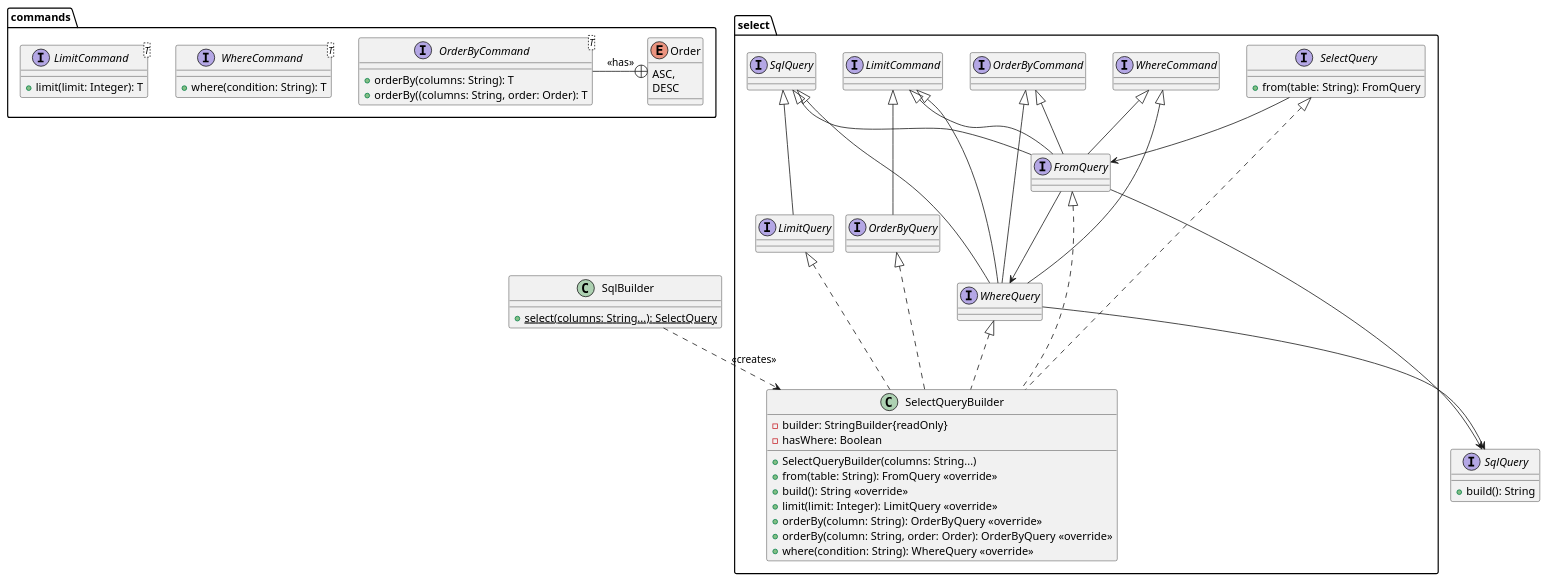
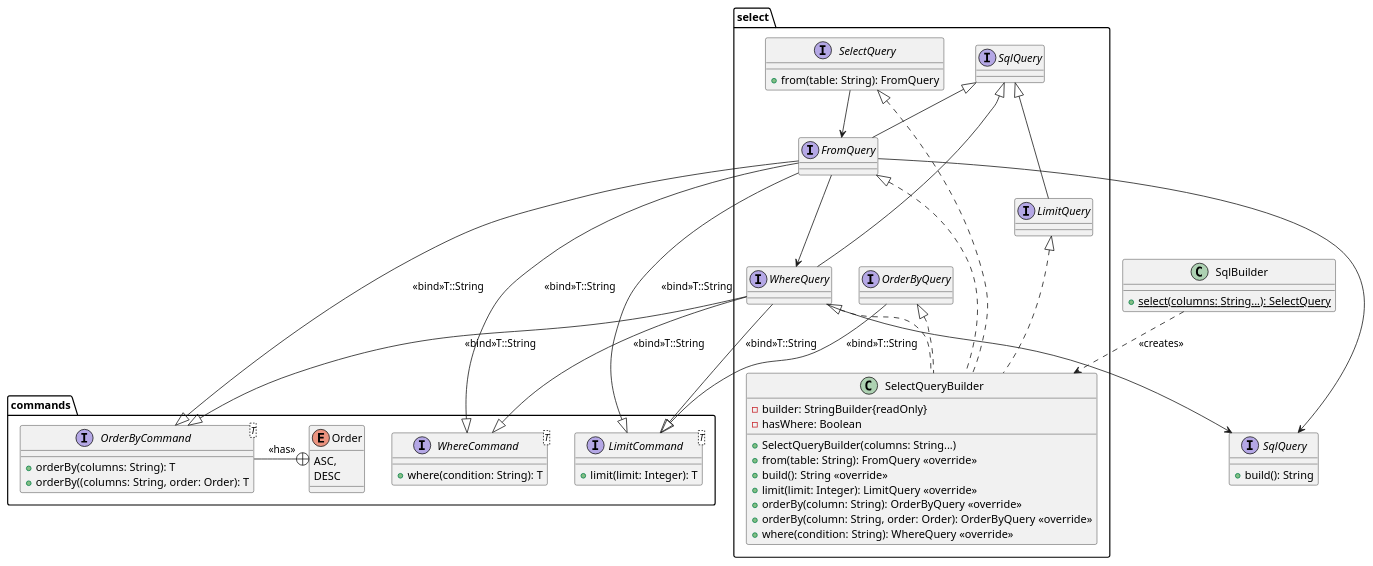
Before and after one commit to RedSkyi/SqlBuilder: the diagram in uml/class.puml, drawn with PlantUML.

Commit message:
Added "<<bind>>T ...." to relation where needed

```diff
--- a/uml/class.puml
+++ b/uml/class.puml
@@ -1,70 +1,77 @@
 @startuml
 
 
 'https://plantuml.com/class-diagram
 
 package commands {
 
     interface WhereCommand<T> {
        +where(condition: String): T
     }
 
     interface LimitCommand<T>{
         +limit(limit: Integer): T
     }
 
     interface OrderByCommand<T> {
         +orderBy(columns: String): T
         +orderBy((columns: String, order: Order): T
     }
     OrderByCommand -+ Order : <<has>>
 
     enum Order {
         ASC,
         DESC
     }
 }
 
 package select {
-    interface FromQuery extends WhereCommand, OrderByCommand, LimitCommand, SqlQuery
+    FromQuery --|> WhereCommand : <<bind>>T::String
+    FromQuery --|> OrderByCommand : <<bind>>T::String
+    FromQuery --|> LimitCommand : <<bind>>T::String
+    interface FromQuery extends SqlQuery
     interface LimitQuery extends SqlQuery
-    interface OrderByQuery extends LimitCommand
+    OrderByQuery --|> LimitCommand : <<bind>>T::String
+    interface OrderByQuery
     interface SelectQuery {
         +from(table: String): FromQuery
     }
 
     class SelectQueryBuilder implements SelectQuery, FromQuery, LimitQuery, OrderByQuery, WhereQuery {
         -builder: StringBuilder{readOnly}
         -hasWhere: Boolean
         +SelectQueryBuilder(columns: String...)
         +from(table: String): FromQuery <<override>>
         +build(): String <<override>>
         +limit(limit: Integer): LimitQuery <<override>>
         +orderBy(column: String): OrderByQuery <<override>>
         +orderBy(column: String, order: Order): OrderByQuery <<override>>
         +where(condition: String): WhereQuery <<override>>
     }
 
-    interface WhereQuery extends WhereCommand, OrderByCommand, LimitCommand, SqlQuery
+    WhereQuery --|> WhereCommand : <<bind>>T::String
+    WhereQuery --|> OrderByCommand : <<bind>>T::String
+    WhereQuery --|> LimitCommand : <<bind>>T::String
+    interface WhereQuery extends SqlQuery
 
 }
 interface SqlQuery {
     +build(): String
 }
 
 class SqlBuilder{
     {static}+select(columns: String...): SelectQuery
 }
 
 
 SqlBuilder ..> SelectQueryBuilder: <<creates>>
 
 
 
 'Relation je suis pas sur'
 WhereQuery --> SqlQuery
 FromQuery --> SqlQuery
 FromQuery --> WhereQuery
 SelectQuery --> FromQuery
 
 @enduml
```
